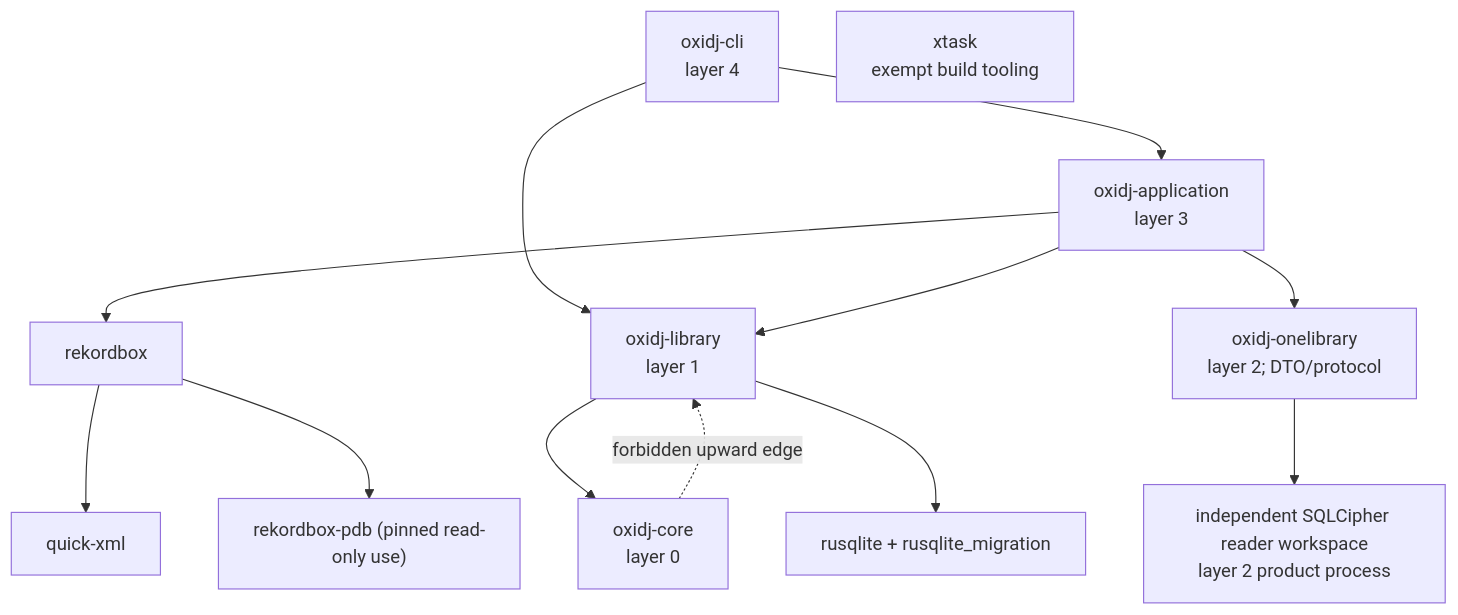
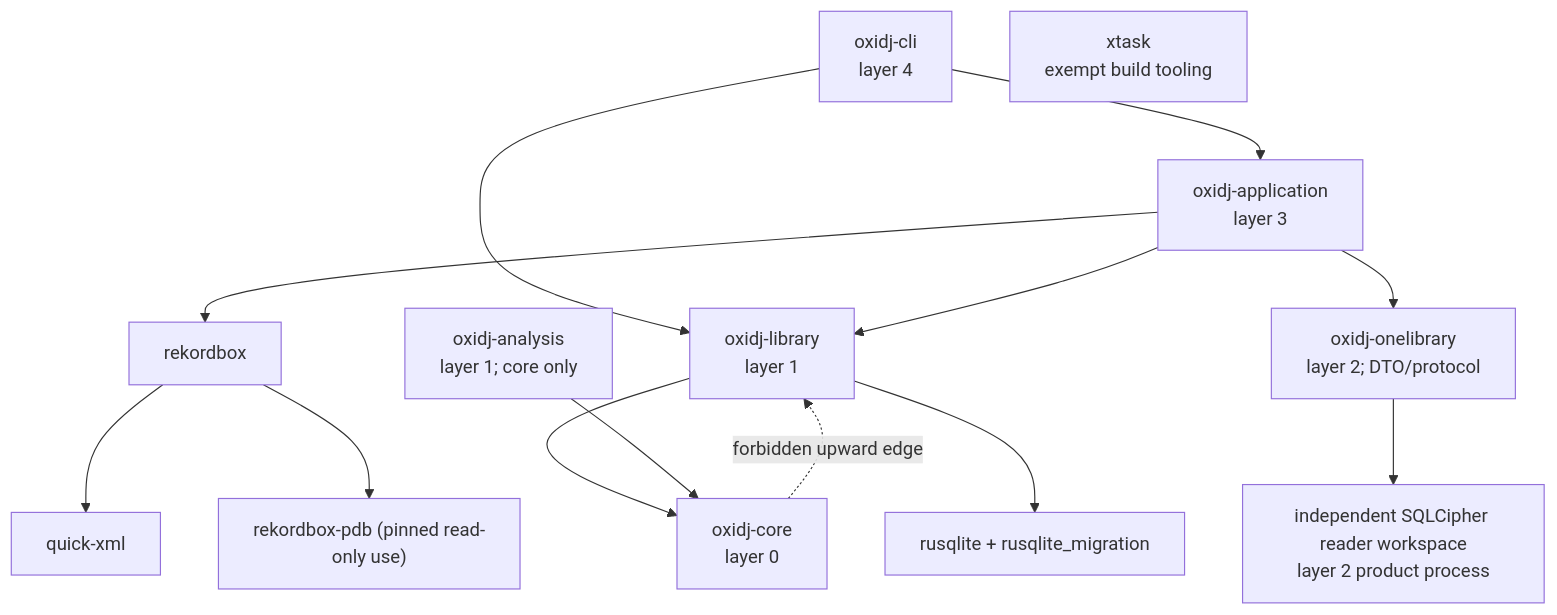
The diagram in docs/layers-policy.md (Senci/oxidj), drawn with Mermaid before and after one commit. The commit also changed other lines of this file and 10 other files, not shown here.

````diff
--- a/docs/layers-policy.md
+++ b/docs/layers-policy.md
@@ -37,15 +38,16 @@
 ```mermaid
 flowchart TB
     cli["oxidj-cli<br/>layer 4"] --> app["oxidj-application<br/>layer 3"]
     cli --> library["oxidj-library<br/>layer 1"]
     app --> rekordbox
     app --> library
     app --> onelibrary["oxidj-onelibrary<br/>layer 2; DTO/protocol"]
     onelibrary --> reader["independent SQLCipher reader workspace<br/>layer 2 product process"]
     rekordbox --> xml["quick-xml"]
     rekordbox --> pdb["rekordbox-pdb (pinned read-only use)"]
     library --> core["oxidj-core<br/>layer 0"]
+    analysis["oxidj-analysis<br/>layer 1; core only"] --> core
     library --> sqlite["rusqlite + rusqlite_migration"]
     core -. "forbidden upward edge" .-> library
     xtask["xtask<br/>exempt build tooling"]
 ```
````
